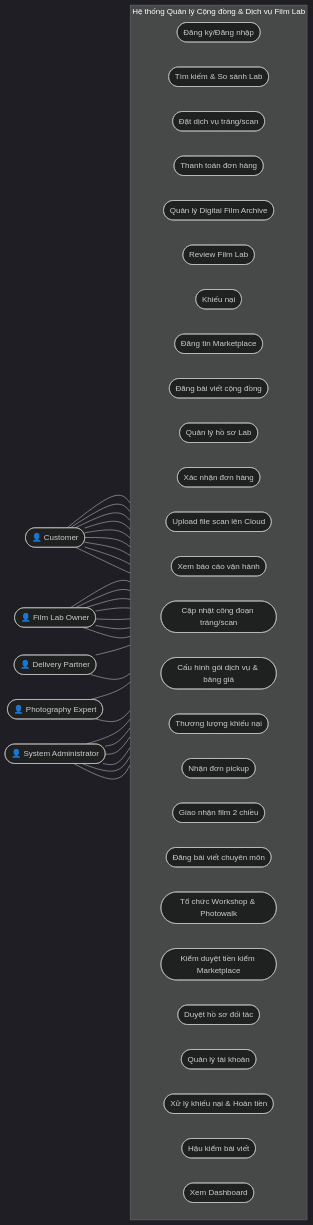
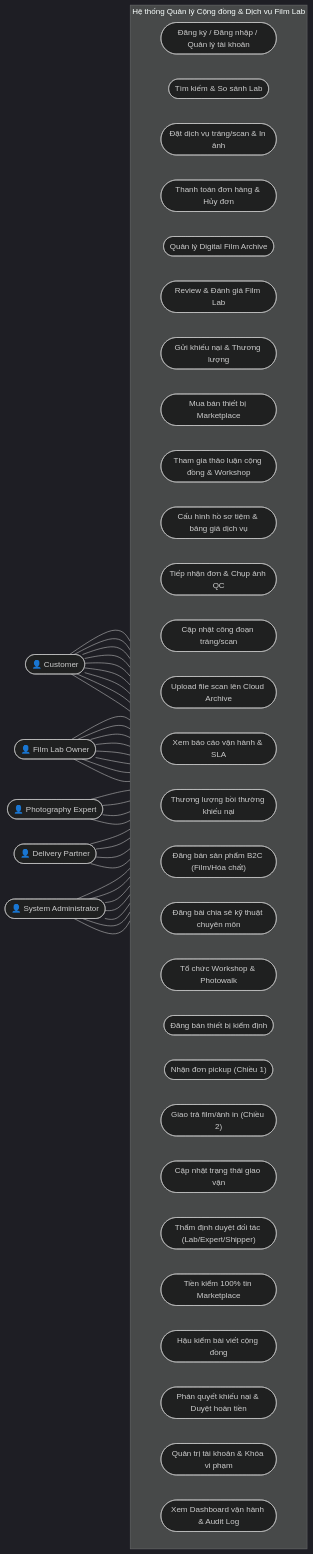
One commit to huylamnhat/Photographer-enthusiastic-environment changed the first of 6 diagrams in doc/week 2/so-do-chuc-nang-nghiep-vu.md. Above: the diagram before and after it, drawn with Mermaid (dark theme). The commit also changed other lines of this file and 2 other files, not shown here.

````diff
--- a/doc/week 2/so-do-chuc-nang-nghiep-vu.md
+++ b/doc/week 2/so-do-chuc-nang-nghiep-vu.md
@@ -7,50 +15,58 @@
 ```mermaid
 flowchart LR
 
     CUS(["👤 Customer"])
     EXP(["👤 Photography Expert"])
     LAB(["👤 Film Lab Owner"])
     DEL(["👤 Delivery Partner"])
     ADM(["👤 System Administrator"])
 
     subgraph SYS["Hệ thống Quản lý Cộng đồng & Dịch vụ Film Lab"]
         direction LR
+        %% Chức năng dùng chung
+        AUTH(["Đăng ký / Đăng nhập / Quản lý tài khoản"])
+        
         %% Customer
-        C1(["Đăng ký/Đăng nhập"])
-        C2(["Tìm kiếm & So sánh Lab"])
-        C3(["Đặt dịch vụ tráng/scan"])
-        C4(["Thanh toán đơn hàng"])
-        C5(["Quản lý Digital Film Archive"])
-        C6(["Review Film Lab"])
-        C7(["Khiếu nại"])
-        C8(["Đăng tin Marketplace"])
-        C9(["Đăng bài viết cộng đồng"])
+        C1(["Tìm kiếm & So sánh Lab"])
+        C2(["Đặt dịch vụ tráng/scan & In ảnh"])
+        C3(["Thanh toán đơn hàng & Hủy đơn"])
+        C4(["Quản lý Digital Film Archive"])
+        C5(["Review & Đánh giá Film Lab"])
+        C6(["Gửi khiếu nại & Thương lượng"])
+        C7(["Mua bán thiết bị Marketplace"])
+        C8(["Tham gia thảo luận cộng đồng & Workshop"])
+
         %% Film Lab Owner
-        L1(["Quản lý hồ sơ Lab"])
-        L2(["Xác nhận đơn hàng"])
-        L3(["Upload file scan lên Cloud"])
-        L4(["Xem báo cáo vận hành"])
-        L5(["Cập nhật công đoạn tráng/scan"])
-        L6(["Cấu hình gói dịch vụ & bảng giá"])
-        L7(["Thương lượng khiếu nại"])
+        L1(["Cấu hình hồ sơ tiệm & bảng giá dịch vụ"])
+        L2(["Tiếp nhận đơn & Chụp ảnh QC"])
+        L3(["Cập nhật công đoạn tráng/scan"])
+        L4(["Upload file scan lên Cloud Archive"])
+        L5(["Xem báo cáo vận hành & SLA"])
+        L6(["Thương lượng bồi thường khiếu nại"])
+        L7(["Đăng bán sản phẩm B2C (Film/Hóa chất)"])
+
+        %% Photography Expert
+        E1(["Đăng bài chia sẻ kỹ thuật chuyên môn"])
+        E2(["Tổ chức Workshop & Photowalk"])
+        E3(["Đăng bán thiết bị kiểm định"])
+
         %% Delivery Partner
-        D1(["Nhận đơn pickup"])
-        D2(["Giao nhận film 2 chiều"])
-        %% Photography Expert
-        E1(["Đăng bài viết chuyên môn"])
-        E2(["Tổ chức Workshop & Photowalk"])
+        D1(["Nhận đơn pickup (Chiều 1)"])
+        D2(["Giao trả film/ảnh in (Chiều 2)"])
+        D3(["Cập nhật trạng thái giao vận"])
+
         %% System Administrator
-        A1(["Kiểm duyệt tiền kiểm Marketplace"])
-        A2(["Duyệt hồ sơ đối tác"])
-        A3(["Quản lý tài khoản"])
-        A4(["Xử lý khiếu nại & Hoàn tiền"])
-        A5(["Hậu kiểm bài viết"])
-        A6(["Xem Dashboard"])
+        A1(["Thẩm định duyệt đối tác (Lab/Expert/Shipper)"])
+        A2(["Tiền kiểm 100% tin Marketplace"])
+        A3(["Hậu kiểm bài viết cộng đồng"])
+        A4(["Phán quyết khiếu nại & Duyệt hoàn tiền"])
+        A5(["Quản trị tài khoản & Khóa vi phạm"])
+        A6(["Xem Dashboard vận hành & Audit Log"])
     end
 
-    CUS --- C1 & C2 & C3 & C4 & C5 & C6 & C7 & C8 & C9
-    LAB --- L1 & L2 & L3 & L4 & L5 & L6 & L7
-    DEL --- D1 & D2
-    EXP --- E1 & E2
-    ADM --- A1 & A2 & A3 & A4 & A5 & A6
+    CUS --- AUTH & C1 & C2 & C3 & C4 & C5 & C6 & C7 & C8
+    LAB --- AUTH & L1 & L2 & L3 & L4 & L5 & L6 & L7
+    EXP --- AUTH & E1 & E2 & E3
+    DEL --- AUTH & D1 & D2 & D3
+    ADM --- AUTH & A1 & A2 & A3 & A4 & A5 & A6
 ```
````
